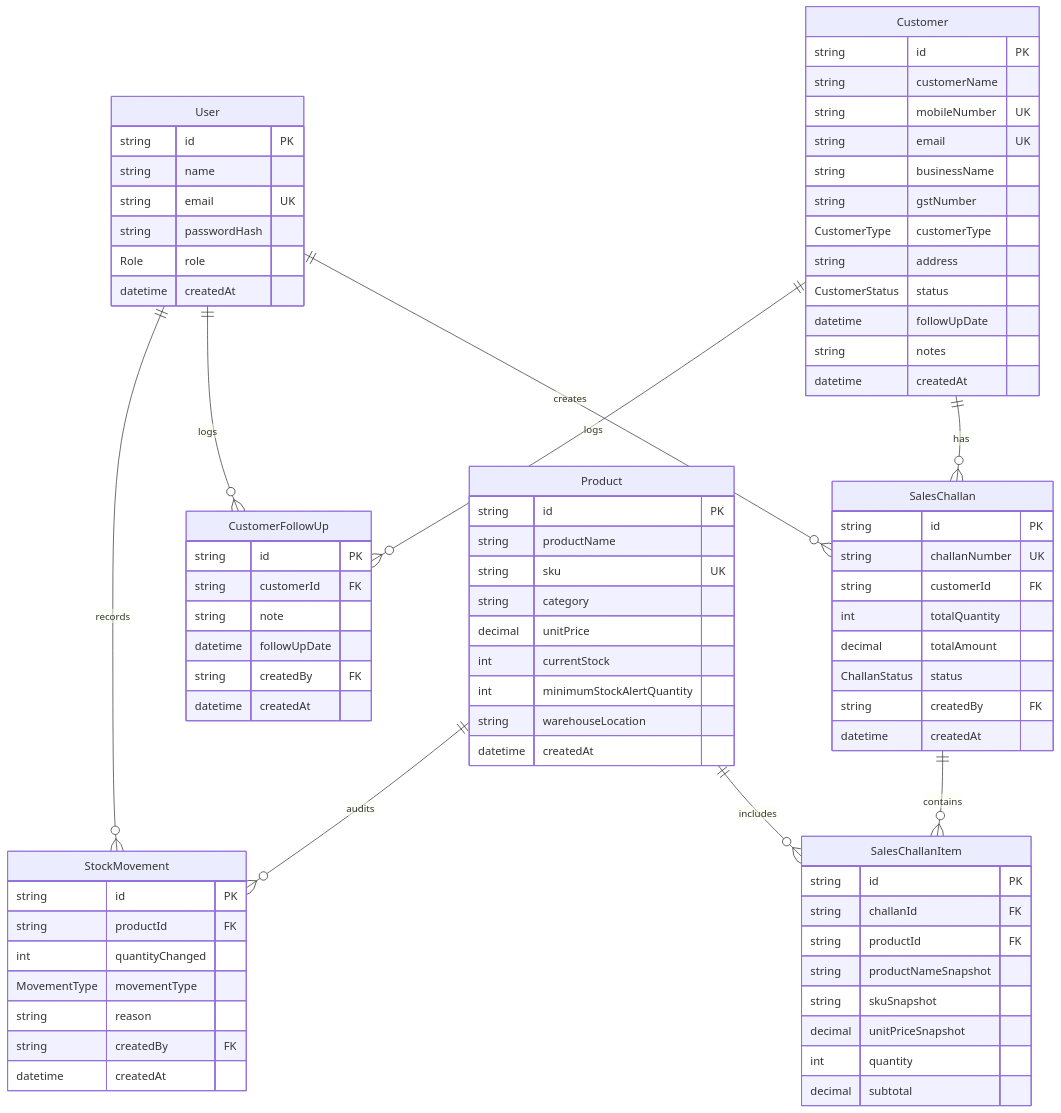
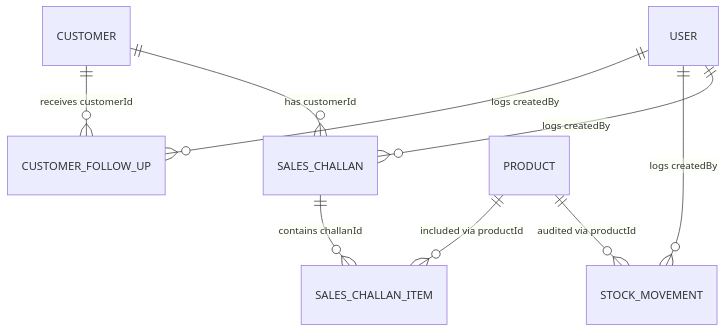
Before and after one commit to Varun1o1o/fundsroom-mini-erp: the second of 3 diagrams in README.md, drawn with Mermaid. The commit also changed other lines of this file and 6 other files, not shown here.

````diff
--- a/README.md
+++ b/README.md
@@ -33,88 +167,11 @@
 ```mermaid
 erDiagram
-    User ||--o{ SalesChallan : "creates"
-    User ||--o{ CustomerFollowUp : "logs"
-    User ||--o{ StockMovement : "records"
-    Customer ||--o{ SalesChallan : "has"
-    Customer ||--o{ CustomerFollowUp : "logs"
-    Product ||--o{ StockMovement : "audits"
-    Product ||--o{ SalesChallanItem : "includes"
-    SalesChallan ||--o{ SalesChallanItem : "contains"
-
-    User {
-        string id PK
-        string name
-        string email UK
-        string passwordHash
-        Role role
-        datetime createdAt
-    }
-    
-    Customer {
-        string id PK
-        string customerName
-        string mobileNumber UK
-        string email UK
-        string businessName
-        string gstNumber
-        CustomerType customerType
-        string address
-        CustomerStatus status
-        datetime followUpDate
-        string notes
-        datetime createdAt
-    }
-
-    CustomerFollowUp {
-        string id PK
-        string customerId FK
-        string note
-        datetime followUpDate
-        string createdBy FK
-        datetime createdAt
-    }
-
-    Product {
-        string id PK
-        string productName
-        string sku UK
-        string category
-        decimal unitPrice
-        int currentStock
-        int minimumStockAlertQuantity
-        string warehouseLocation
-        datetime createdAt
-    }
-
-    StockMovement {
-        string id PK
-        string productId FK
-        int quantityChanged
-        MovementType movementType
-        string reason
-        string createdBy FK
-        datetime createdAt
-    }
-
-    SalesChallan {
-        string id PK
-        string challanNumber UK
-        string customerId FK
-        int totalQuantity
-        decimal totalAmount
-        ChallanStatus status
-        string createdBy FK
-        datetime createdAt
-    }
-
-    SalesChallanItem {
-        string id PK
-        string challanId FK
-        string productId FK
-        string productNameSnapshot
-        string skuSnapshot
-        decimal unitPriceSnapshot
-        int quantity
-        decimal subtotal
-    }
+    USER ||--o{ SALES_CHALLAN : "logs createdBy"
+    USER ||--o{ STOCK_MOVEMENT : "logs createdBy"
+    USER ||--o{ CUSTOMER_FOLLOW_UP : "logs createdBy"
+    CUSTOMER ||--o{ SALES_CHALLAN : "has customerId"
+    CUSTOMER ||--o{ CUSTOMER_FOLLOW_UP : "receives customerId"
+    PRODUCT ||--o{ STOCK_MOVEMENT : "audited via productId"
+    PRODUCT ||--o{ SALES_CHALLAN_ITEM : "included via productId"
+    SALES_CHALLAN ||--o{ SALES_CHALLAN_ITEM : "contains challanId"
 ```
````
